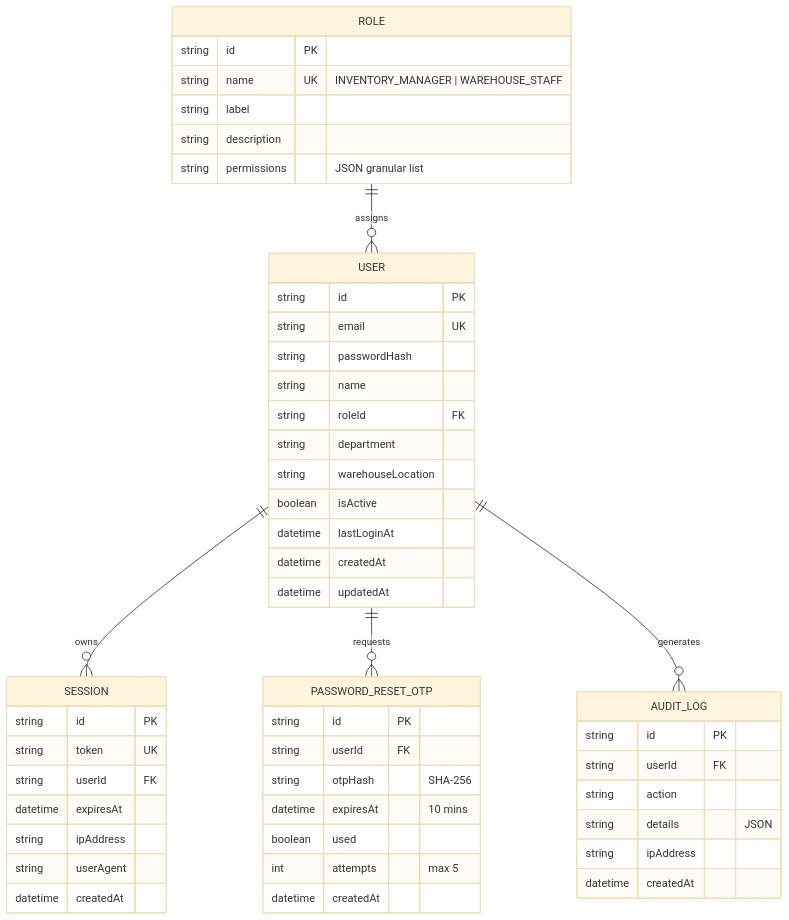
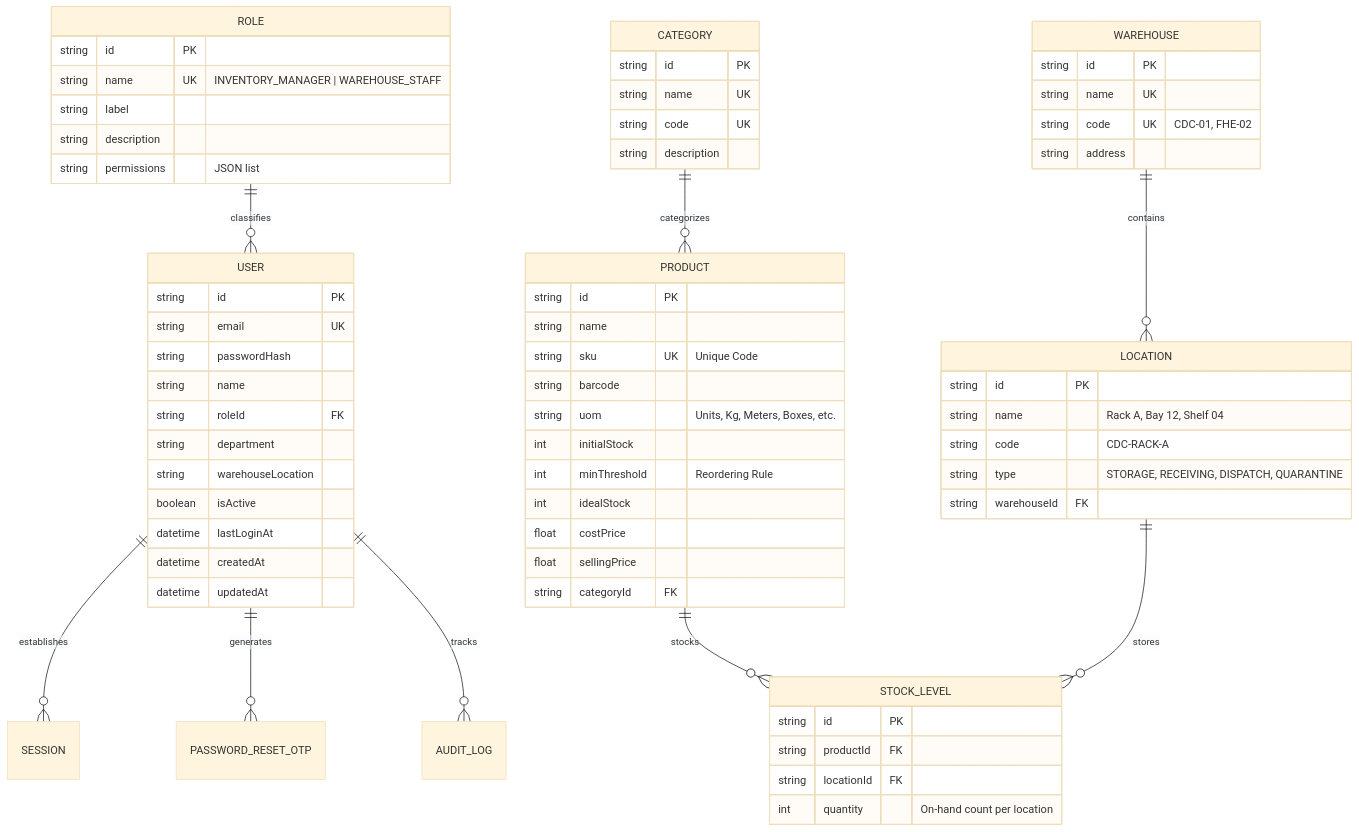
One commit to yashwanth0630-ui/odoo-x-GCET-Hackathon- changed the diagram in README.md. Above: the diagram before and after it, drawn with Mermaid (base theme). The commit also changed other lines of this file and 15 other files, not shown here.

Commit message:
feat: complete Task 2 - Products, Locations, Category schema, smart search, full CRUD and multi-location stock view

````diff
--- a/README.md
+++ b/README.md
@@ -25,58 +25,76 @@
 ```mermaid
 erDiagram
-    ROLE ||--o{ USER : assigns
-    USER ||--o{ SESSION : owns
-    USER ||--o{ PASSWORD_RESET_OTP : requests
-    USER ||--o{ AUDIT_LOG : generates
+    ROLE ||--o{ USER : classifies
+    USER ||--o{ SESSION : establishes
+    USER ||--o{ PASSWORD_RESET_OTP : generates
+    USER ||--o{ AUDIT_LOG : tracks
+    CATEGORY ||--o{ PRODUCT : categorizes
+    WAREHOUSE ||--o{ LOCATION : contains
+    PRODUCT ||--o{ STOCK_LEVEL : stocks
+    LOCATION ||--o{ STOCK_LEVEL : stores
 
     ROLE {
         string id PK
         string name UK "INVENTORY_MANAGER | WAREHOUSE_STAFF"
         string label
         string description
-        string permissions "JSON granular list"
+        string permissions "JSON list"
     }
 
     USER {
         string id PK
         string email UK
         string passwordHash
         string name
         string roleId FK
         string department
         string warehouseLocation
         boolean isActive
         datetime lastLoginAt
         datetime createdAt
         datetime updatedAt
     }
 
-    SESSION {
+    WAREHOUSE {
         string id PK
-        string token UK
-        string userId FK
-        datetime expiresAt
-        string ipAddress
-        string userAgent
-        datetime createdAt
+        string name UK
+        string code UK "CDC-01, FHE-02"
+        string address
     }
 
-    PASSWORD_RESET_OTP {
+    LOCATION {
         string id PK
-        string userId FK
-        string otpHash "SHA-256"
-        datetime expiresAt "10 mins"
-        boolean used
-        int attempts "max 5"
-        datetime createdAt
+        string name "Rack A, Bay 12, Shelf 04"
+        string code "CDC-RACK-A"
+        string type "STORAGE, RECEIVING, DISPATCH, QUARANTINE"
+        string warehouseId FK
     }
 
-    AUDIT_LOG {
+    CATEGORY {
         string id PK
-        string userId FK
-        string action
-        string details "JSON"
-        string ipAddress
-        datetime createdAt
+        string name UK
+        string code UK
+        string description
+    }
+
+    PRODUCT {
+        string id PK
+        string name
+        string sku UK "Unique Code"
+        string barcode
+        string uom "Units, Kg, Meters, Boxes, etc."
+        int initialStock
+        int minThreshold "Reordering Rule"
+        int idealStock
+        float costPrice
+        float sellingPrice
+        string categoryId FK
+    }
+
+    STOCK_LEVEL {
+        string id PK
+        string productId FK
+        string locationId FK
+        int quantity "On-hand count per location"
     }
 ```
````
